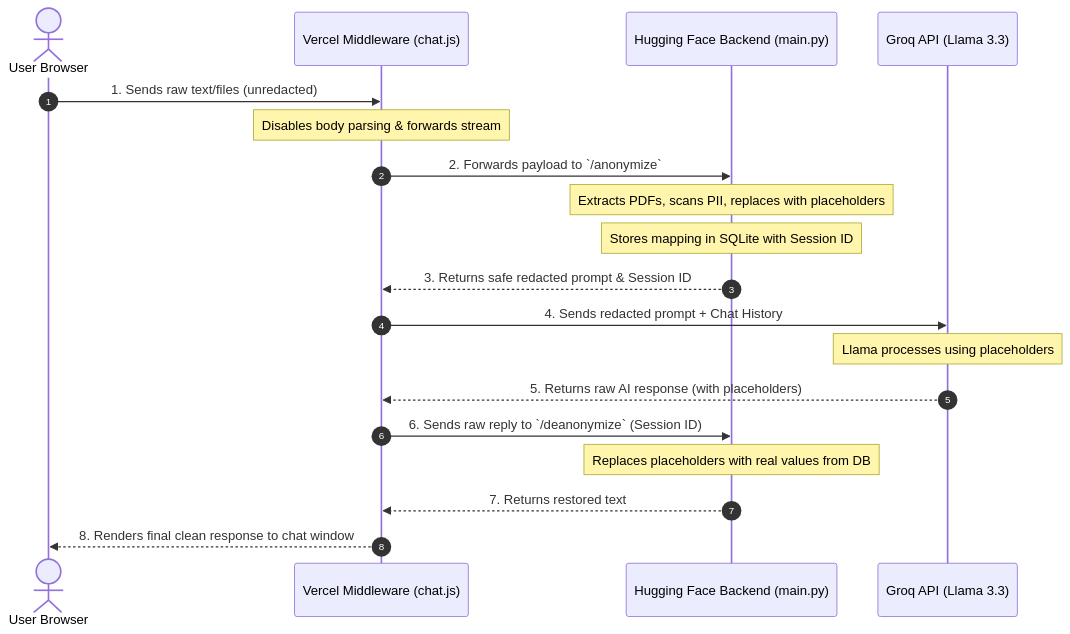
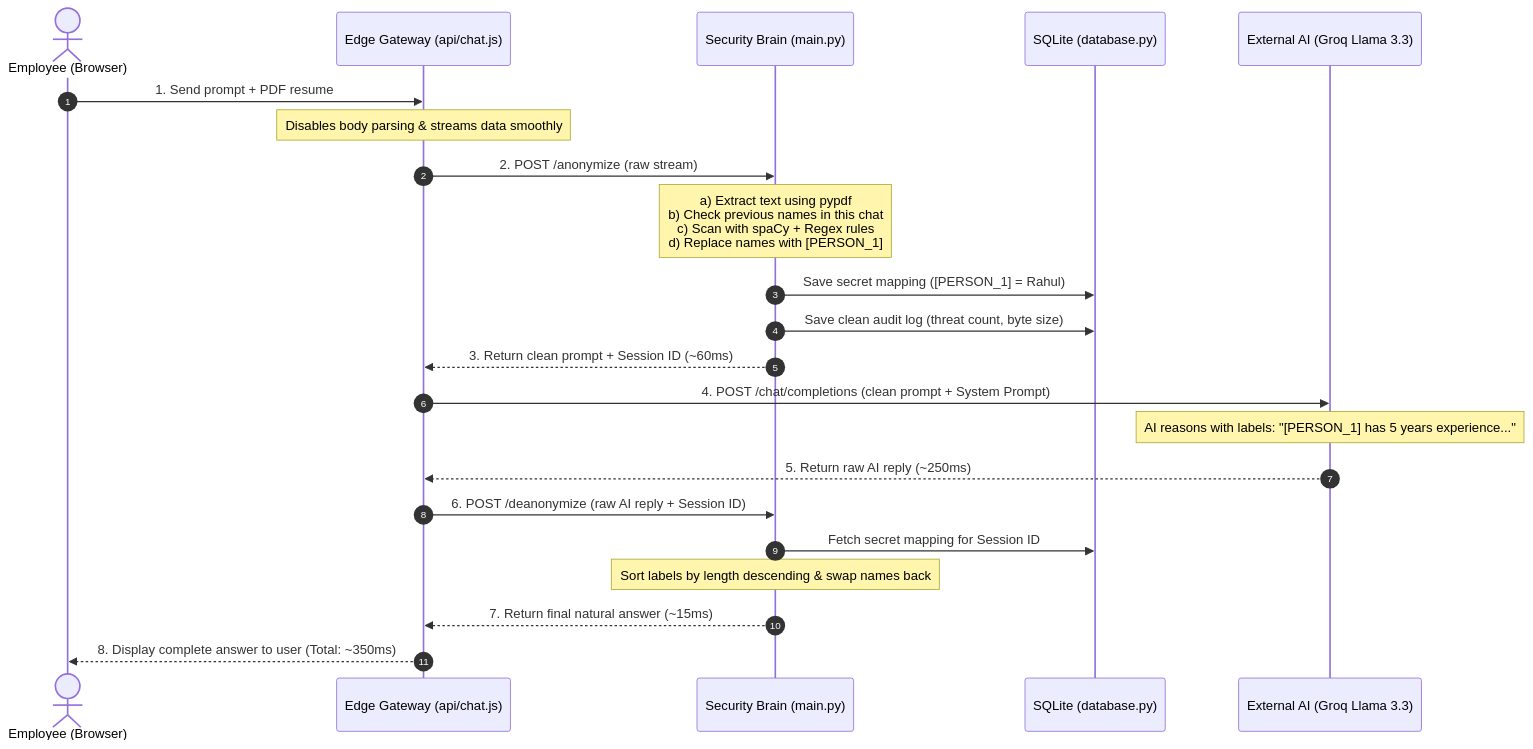
Before and after one commit to Pritam16345/cloak-API: the second of 2 diagrams in architecture_guide.md, drawn with Mermaid. The commit also changed other lines of this file and 1 other file, not shown here.

Commit message:
docs: add complete file guide, tool deep-dive, and upgrade roadmap in plain language

````diff
--- a/architecture_guide.md
+++ b/architecture_guide.md
@@ -11,25 +274,30 @@
 ```mermaid
 sequenceDiagram
     autonumber
-    actor User as User Browser
-    participant Mid as Vercel Middleware (chat.js)
-    participant Engine as Hugging Face Backend (main.py)
-    participant Groq as Groq API (Llama 3.3)
+    actor User as Employee (Browser)
+    participant Edge as Edge Gateway (api/chat.js)
+    participant Engine as Security Brain (main.py)
+    participant DB as SQLite (database.py)
+    participant AI as External AI (Groq Llama 3.3)
 
-    User->>Mid: 1. Sends raw text/files (unredacted)
-    Note over Mid: Disables body parsing & forwards stream
-    Mid->>Engine: 2. Forwards payload to `/anonymize`
-    Note over Engine: Extracts PDFs, scans PII, replaces with placeholders
-    Note over Engine: Stores mapping in SQLite with Session ID
-    Engine-->>Mid: 3. Returns safe redacted prompt & Session ID
+    User->>Edge: 1. Send prompt + PDF resume
+    Note over Edge: Disables body parsing & streams data smoothly
+
+    Edge->>Engine: 2. POST /anonymize (raw stream)
+    Note over Engine: a) Extract text using pypdf<br/>b) Check previous names in this chat<br/>c) Scan with spaCy + Regex rules<br/>d) Replace names with [PERSON_1]
     
-    Mid->>Groq: 4. Sends redacted prompt + Chat History
-    Note over Groq: Llama processes using placeholders
-    Groq-->>Mid: 5. Returns raw AI response (with placeholders)
-    
-    Mid->>Engine: 6. Sends raw reply to `/deanonymize` (Session ID)
-    Note over Engine: Replaces placeholders with real values from DB
-    Engine-->>Mid: 7. Returns restored text
-    
-    Mid-->>User: 8. Renders final clean response to chat window
+    Engine->>DB: Save secret mapping ([PERSON_1] = Rahul)
+    Engine->>DB: Save clean audit log (threat count, byte size)
+    Engine-->>Edge: 3. Return clean prompt + Session ID (~60ms)
+
+    Edge->>AI: 4. POST /chat/completions (clean prompt + System Prompt)
+    Note over AI: AI reasons with labels: "[PERSON_1] has 5 years experience..."
+    AI-->>Edge: 5. Return raw AI reply (~250ms)
+
+    Edge->>Engine: 6. POST /deanonymize (raw AI reply + Session ID)
+    Engine->>DB: Fetch secret mapping for Session ID
+    Note over Engine: Sort labels by length descending & swap names back
+    Engine-->>Edge: 7. Return final natural answer (~15ms)
+
+    Edge-->>User: 8. Display complete answer to user (Total: ~350ms)
 ```
````
